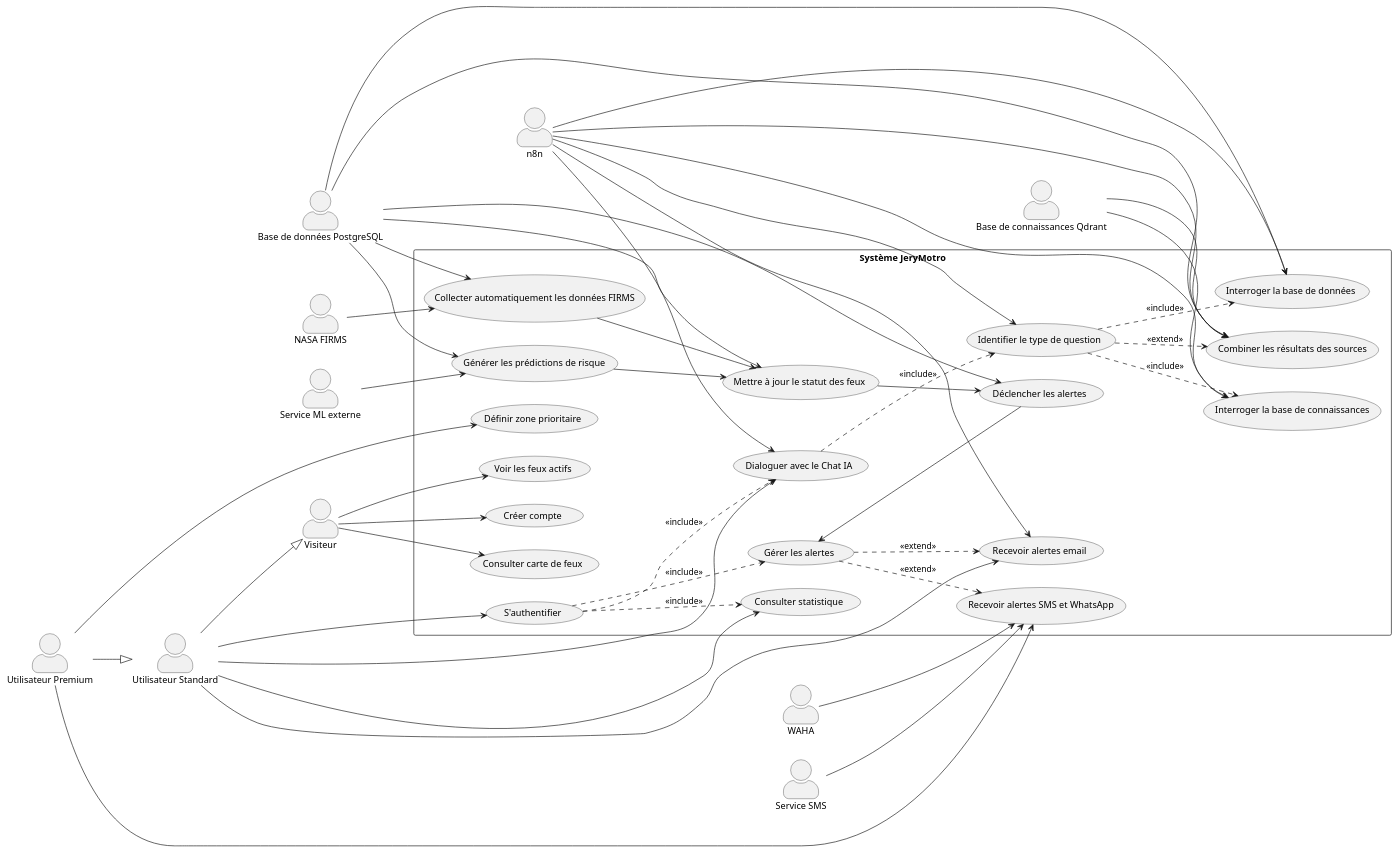
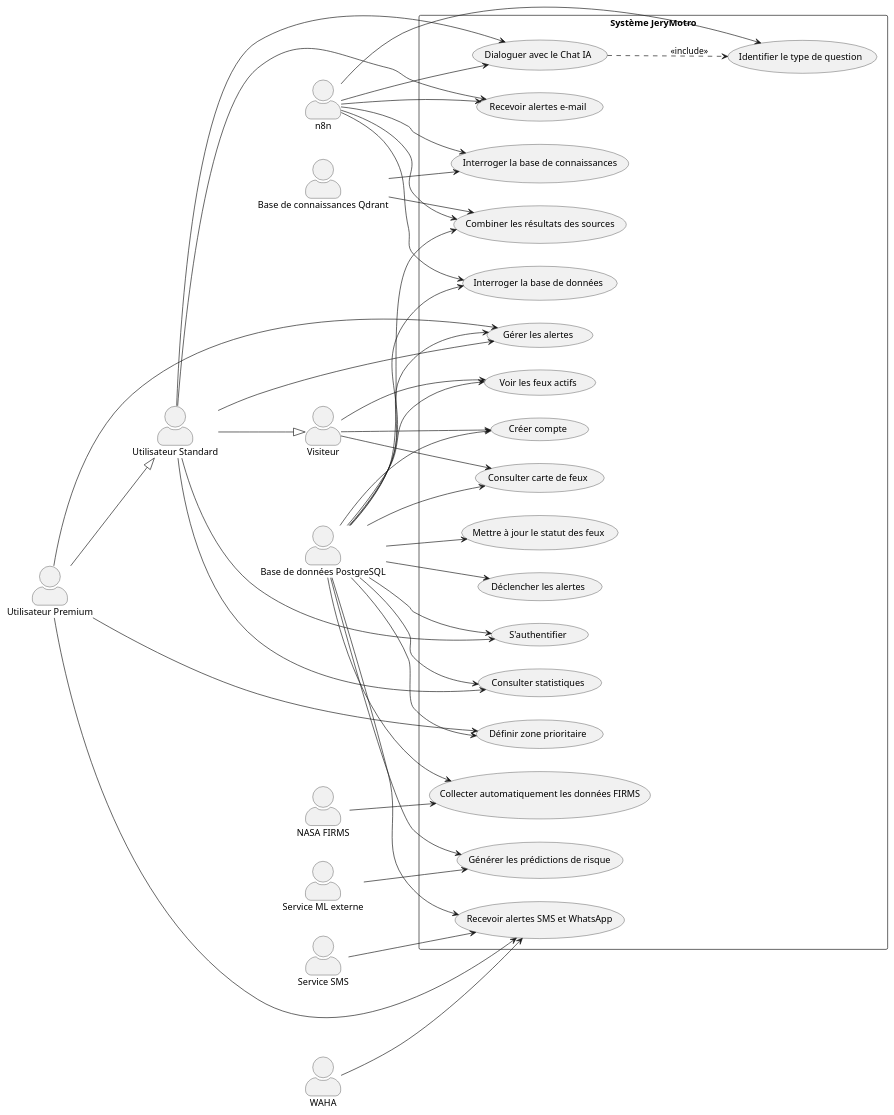
The diagram in UML_JeryMotro/DCU.plantuml (TkAbeleon/NoteAcemiqueProjetSoutenanceL3), drawn with PlantUML before and after one commit.

Commit message:
docs(uml): correct DCU actors and relationships

```diff
--- a/UML_JeryMotro/DCU.plantuml
+++ b/UML_JeryMotro/DCU.plantuml
@@ -1,109 +1,103 @@
 @startuml
 left to right direction
 
 skinparam packageStyle rectangle
 skinparam actorStyle awesome
 
 actor "Visiteur" as Visiteur
 actor "Utilisateur Standard" as Standard
 actor "Utilisateur Premium" as Premium
 
 actor "NASA FIRMS" as FIRMS
 actor "Service ML externe" as ML
 actor "n8n" as N8N
 actor "Base de connaissances Qdrant" as Qdrant
 actor "Base de données PostgreSQL" as PSQL
 actor "WAHA" as WAHA
 actor "Service SMS" as SMS
 
 rectangle "Système JeryMotro" {
 
     usecase "Consulter carte de feux" as UC1
     usecase "Voir les feux actifs" as UC2
     usecase "Créer compte" as UC3
 
     usecase "S'authentifier" as UC4
-    usecase "Consulter statistique" as UC5
+    usecase "Consulter statistiques" as UC5
     usecase "Dialoguer avec le Chat IA" as UC6
-    usecase "Recevoir alertes email" as UC7
+    usecase "Recevoir alertes e-mail" as UC7
 
     usecase "Définir zone prioritaire" as UC8
     usecase "Recevoir alertes SMS et WhatsApp" as UC9
 
     usecase "Gérer les alertes" as UC10
 
     usecase "Collecter automatiquement les données FIRMS" as UC11
     usecase "Générer les prédictions de risque" as UC12
     usecase "Mettre à jour le statut des feux" as UC13
     usecase "Déclencher les alertes" as UC14
 
     usecase "Identifier le type de question" as UC15
     usecase "Interroger la base de données" as UC16
     usecase "Interroger la base de connaissances" as UC17
     usecase "Combiner les résultats des sources" as UC18
 }
 
 ' Associations avec les utilisateurs
 Visiteur --> UC1
 Visiteur --> UC2
 Visiteur --> UC3
 
 Standard --> UC4
 Standard --> UC5
 Standard --> UC6
 Standard --> UC7
+Standard --> UC10
 
 Premium --> UC8
 Premium --> UC9
+Premium --> UC10
 
-' Relations entre acteurs
+' Généralisation des acteurs
 Standard --|> Visiteur
 Premium --|> Standard
 
-' Gestion des alertes
-UC4 ..> UC10 : <<include>>
-UC4 ..> UC5 : <<include>>
-UC4 ..> UC6 : <<include>>
-UC10 ..> UC7 : <<extend>>
-UC10 ..> UC9 : <<extend>>
+' Base de données PostgreSQL
+PSQL --> UC1
+PSQL --> UC2
+PSQL --> UC3
+PSQL --> UC4
+PSQL --> UC5
+PSQL --> UC8
+PSQL --> UC9
+PSQL --> UC10
+PSQL --> UC11
+PSQL --> UC12
+PSQL --> UC13
+PSQL --> UC14
+PSQL --> UC16
+PSQL --> UC18
 
-' Collecte des données externes
+' Collecte et prédiction avec les systèmes externes
 FIRMS --> UC11
-PSQL --> UC11
-
-' Traitement ML externe
 ML --> UC12
-PSQL --> UC12
-
-' Traitements internes
-UC11 --> UC13
-UC12 --> UC13
-PSQL --> UC13
-UC13 --> UC14
-UC10 <-- UC14
-PSQL --> UC14
 
 ' Chat IA avec n8n
 N8N --> UC6
 N8N --> UC15
 N8N --> UC16
 N8N --> UC17
 N8N --> UC18
 
 UC6 ..> UC15 : <<include>>
-UC15 ..> UC16 : <<include>>
-UC15 ..> UC17 : <<include>>
-UC15 ..> UC18 : <<extend>>
 
 ' Sources du Chat IA
-PSQL --> UC16
 Qdrant --> UC17
-PSQL --> UC18
 Qdrant --> UC18
 
-' Notifications externes
+' Notifications
 N8N --> UC7
 WAHA --> UC9
 SMS --> UC9
 
 @enduml
```
